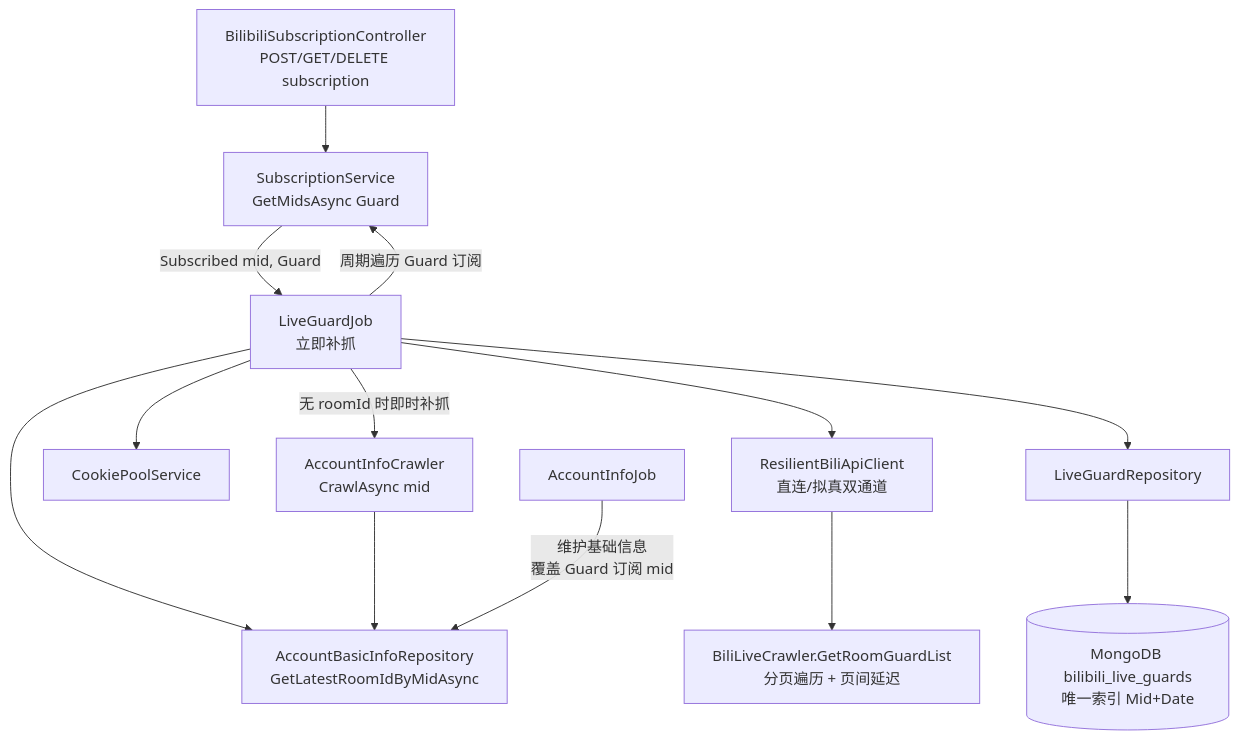
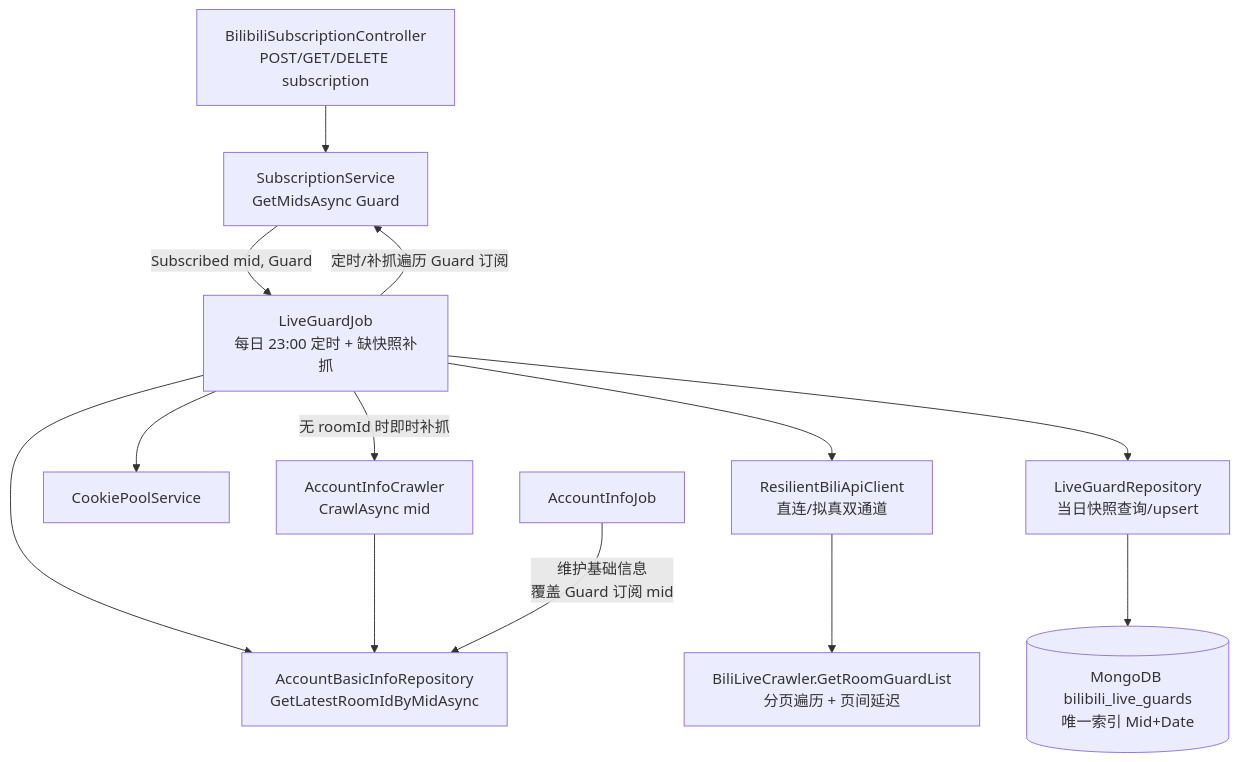
Before and after one commit to Deliay/z-vtuber: the first of 3 diagrams in docs/engineering/proposals/20260831-proposal-live-guard-crawl.md, drawn with Mermaid. The commit also changed other lines of this file and 1 other file, not shown here.

Commit message:
docs: schedule guard crawl at 23:00 daily with missed-snapshot catch-up

````diff
--- a/docs/engineering/proposals/20260831-proposal-live-guard-crawl.md
+++ b/docs/engineering/proposals/20260831-proposal-live-guard-crawl.md
@@ -45,15 +45,15 @@
 ```mermaid
 graph TD
     API[BilibiliSubscriptionController<br/>POST/GET/DELETE subscription] --> SVC[SubscriptionService<br/>GetMidsAsync Guard]
-    SVC -- Subscribed mid, Guard --> JOB[LiveGuardJob<br/>立即补抓]
-    JOB -- 周期遍历 Guard 订阅 --> SVC
+    SVC -- Subscribed mid, Guard --> JOB[LiveGuardJob<br/>每日 23:00 定时 + 缺快照补抓]
+    JOB -- 定时/补抓遍历 Guard 订阅 --> SVC
     JOB --> BASIC[AccountBasicInfoRepository<br/>GetLatestRoomIdByMidAsync]
     JOB -- 无 roomId 时即时补抓 --> CRAWL[AccountInfoCrawler<br/>CrawlAsync mid]
     CRAWL --> BASIC
     JOB --> COOKIE[CookiePoolService]
     JOB --> CLIENT[ResilientBiliApiClient<br/>直连/拟真双通道]
     CLIENT --> BILI[BiliLiveCrawler.GetRoomGuardList<br/>分页遍历 + 页间延迟]
-    JOB --> REPO[LiveGuardRepository]
+    JOB --> REPO[LiveGuardRepository<br/>当日快照查询/upsert]
     REPO --> MONGO[(MongoDB bilibili_live_guards<br/>唯一索引 Mid+Date)]
     INFO[AccountInfoJob] -- 维护基础信息<br/>覆盖 Guard 订阅 mid --> BASIC
 ```
````
